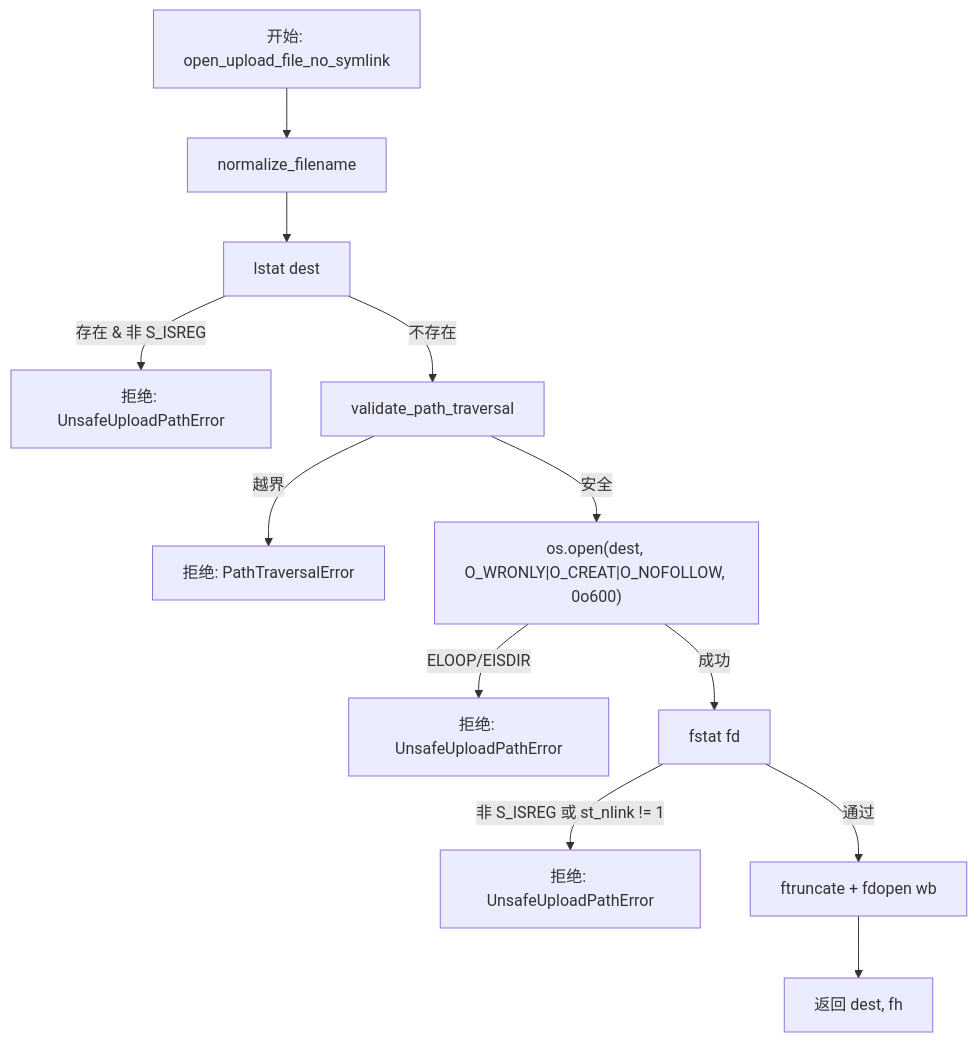
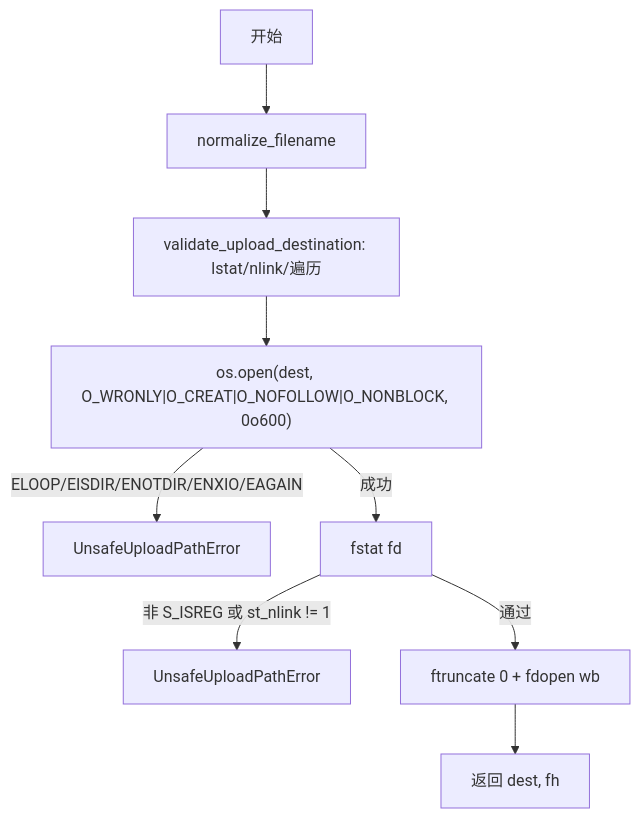
Before and after one commit to ethan-jiang-1/deer-flow: the second of 3 diagrams in _digest/operations/app-layer/02-upload-security.md, drawn with Mermaid. The commit also changed other lines of this file and 32 other files, not shown here.

````diff
--- a/_digest/operations/app-layer/02-upload-security.md
+++ b/_digest/operations/app-layer/02-upload-security.md
@@ -95,14 +154,11 @@
 ```mermaid
 flowchart TD
-    S[开始: open_upload_file_no_symlink] --> N[normalize_filename]
-    N --> L[lstat dest]
-    L -->|存在 & 非 S_ISREG| R1[拒绝: UnsafeUploadPathError]
-    L -->|不存在| T[validate_path_traversal]
-    T -->|越界| R2[拒绝: PathTraversalError]
-    T -->|安全| O["os.open(dest, O_WRONLY|O_CREAT|O_NOFOLLOW, 0o600)"]
-    O -->|ELOOP/EISDIR| R3[拒绝: UnsafeUploadPathError]
+    S[开始] --> N[normalize_filename]
+    N --> V[validate_upload_destination: lstat/nlink/遍历]
+    V --> O["os.open(dest, O_WRONLY|O_CREAT|O_NOFOLLOW|O_NONBLOCK, 0o600)"]
+    O -->|ELOOP/EISDIR/ENOTDIR/ENXIO/EAGAIN| R1[UnsafeUploadPathError]
     O -->|成功| F[fstat fd]
-    F -->|非 S_ISREG 或 st_nlink != 1| R4[拒绝: UnsafeUploadPathError]
-    F -->|通过| W[ftruncate + fdopen wb]
+    F -->|非 S_ISREG 或 st_nlink != 1| R2[UnsafeUploadPathError]
+    F -->|通过| W[ftruncate 0 + fdopen wb]
     W --> D[返回 dest, fh]
 ```
````
